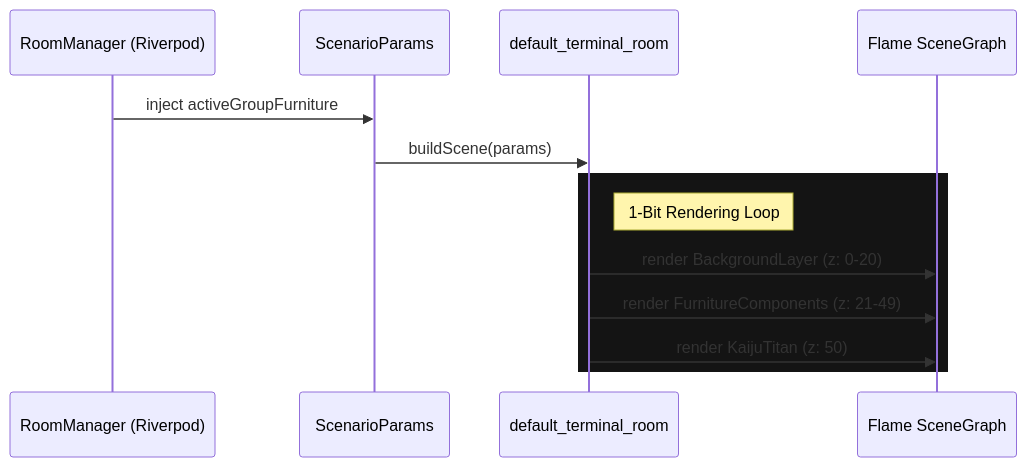
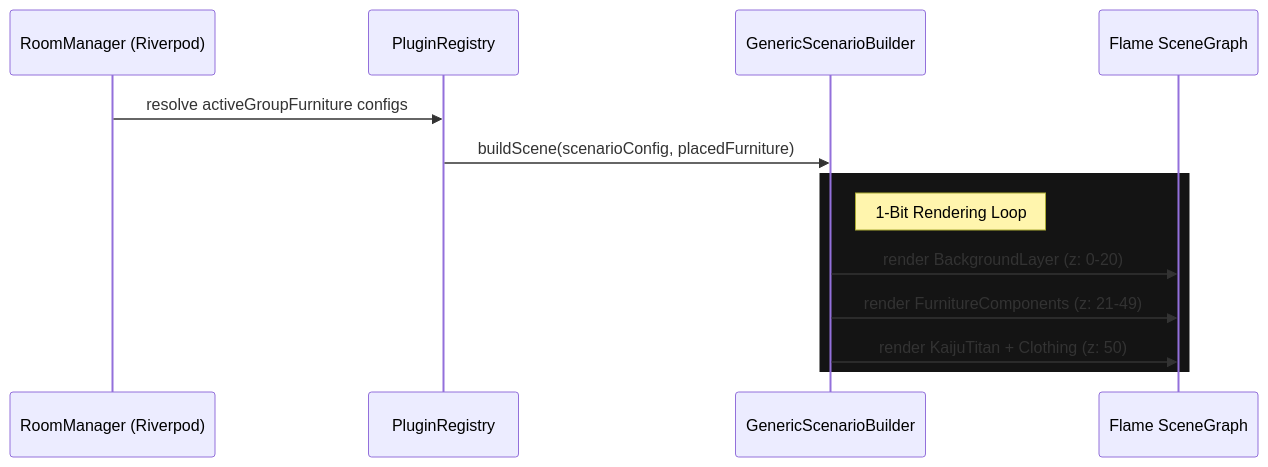
Before and after one commit to TheMrCorvy/HATCH.REF: the diagram in Documentation/Furniture/03-furniture-placement-and-rendering.md, drawn with Mermaid. The commit also changed other lines of this file and 55 other files, not shown here.

````diff
--- a/Documentation/Furniture/03-furniture-placement-and-rendering.md
+++ b/Documentation/Furniture/03-furniture-placement-and-rendering.md
@@ -7,17 +7,17 @@
 ```mermaid
 sequenceDiagram
     participant RM as RoomManager (Riverpod)
-    participant SP as ScenarioParams
-    participant DTR as default_terminal_room
+    participant PR as PluginRegistry
+    participant GSB as GenericScenarioBuilder
     participant SG as Flame SceneGraph
     
-    RM->>SP: inject activeGroupFurniture
-    SP->>DTR: buildScene(params)
+    RM->>PR: resolve activeGroupFurniture configs
+    PR->>GSB: buildScene(scenarioConfig, placedFurniture)
     
     rect rgb(20, 20, 20)
-    note right of DTR: 1-Bit Rendering Loop
-    DTR->>SG: render BackgroundLayer (z: 0-20)
-    DTR->>SG: render FurnitureComponents (z: 21-49)
-    DTR->>SG: render KaijuTitan (z: 50)
+    note right of GSB: 1-Bit Rendering Loop
+    GSB->>SG: render BackgroundLayer (z: 0-20)
+    GSB->>SG: render FurnitureComponents (z: 21-49)
+    GSB->>SG: render KaijuTitan + Clothing (z: 50)
     end
 ```
````
